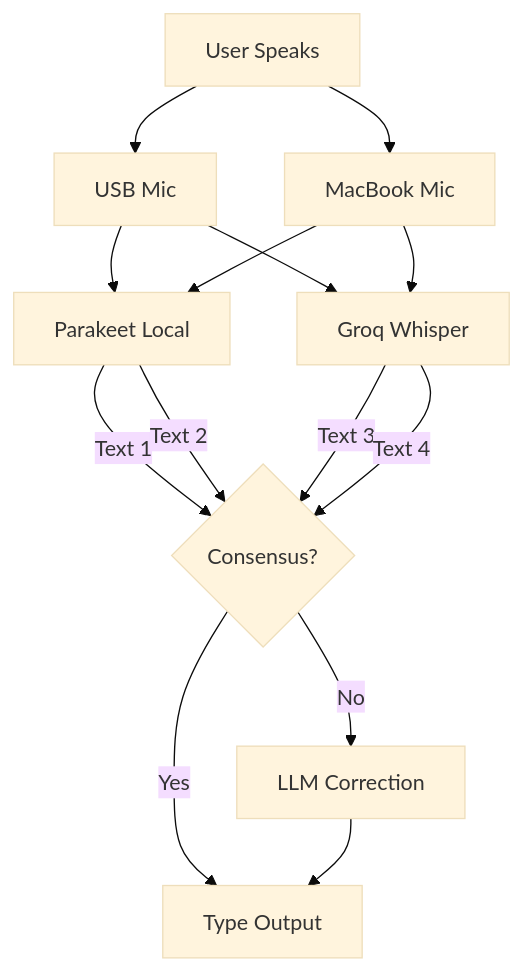
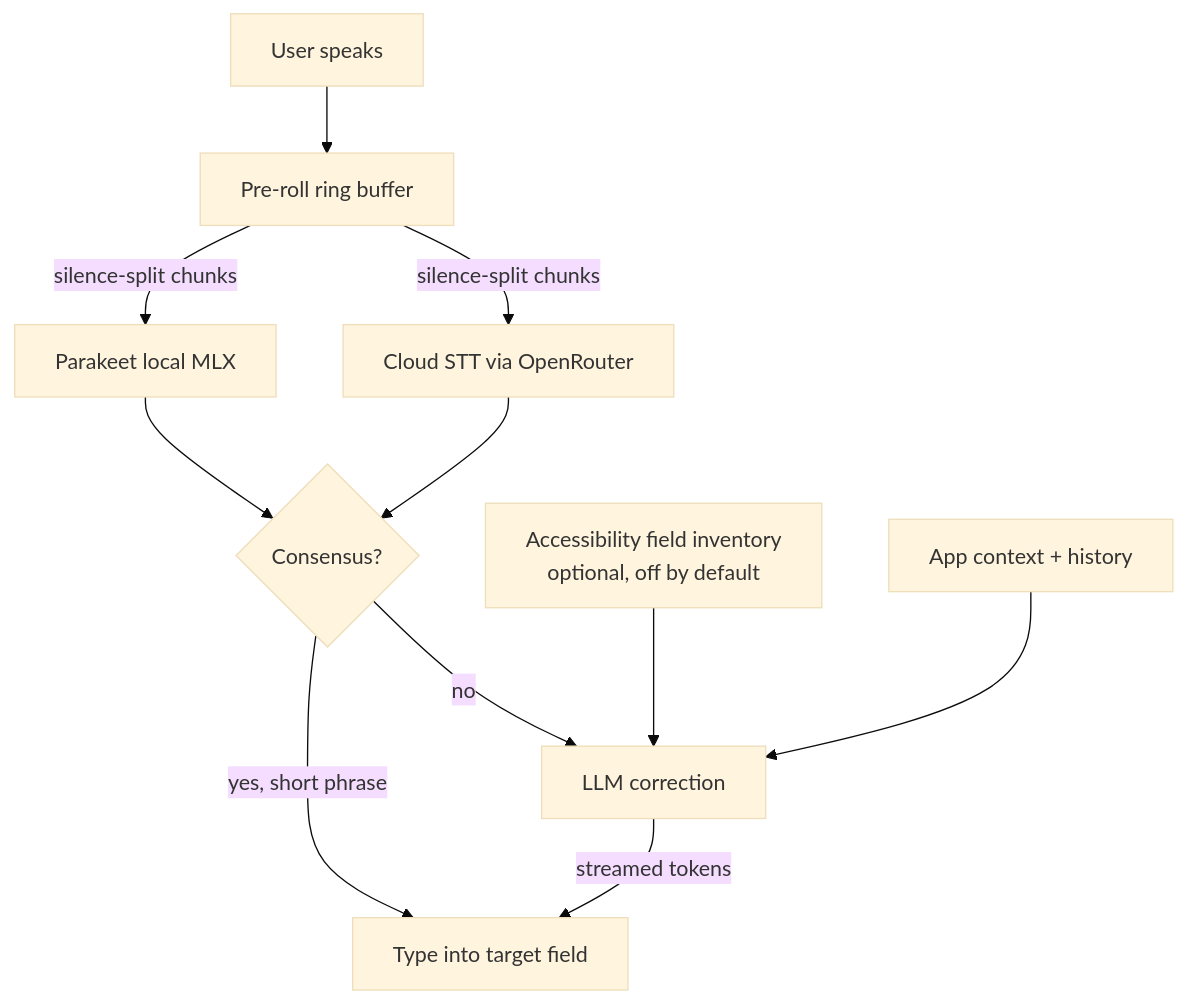
The diagram in README.md (kalpit-S/mergescribe), drawn with Mermaid (base theme) before and after one commit. The commit also changed other lines of this file and 50 other files, not shown here.

````diff
--- a/README.md
+++ b/README.md
@@ -80,20 +22,17 @@
 ```mermaid
 graph TD
-    User[User Speaks] --> Mic1[USB Mic]
-    User --> Mic2[MacBook Mic]
+    User[User speaks] --> Ring[Pre-roll ring buffer]
+    Ring -->|silence-split chunks| Parakeet[Parakeet local MLX]
+    Ring -->|silence-split chunks| Cloud[Cloud STT via OpenRouter]
 
-    Mic1 --> Parakeet[Parakeet Local]
-    Mic1 --> Whisper[Groq Whisper]
-    Mic2 --> Parakeet
-    Mic2 --> Whisper
+    Parakeet --> Consensus{Consensus?}
+    Cloud --> Consensus
 
-    Parakeet -->|Text 1| Consensus{Consensus?}
-    Parakeet -->|Text 2| Consensus
-    Whisper -->|Text 3| Consensus
-    Whisper -->|Text 4| Consensus
+    Consensus -->|yes, short phrase| Typer[Type into target field]
+    Consensus -->|no| LLM[LLM correction]
 
-    Consensus -->|Yes| Typer[Type Output]
-    Consensus -->|No| LLM[LLM Correction]
+    AX[Accessibility field inventory<br/>optional, off by default] --> LLM
+    Context[App context + history] --> LLM
 
-    LLM --> Typer
+    LLM -->|streamed tokens| Typer
 ```
````
